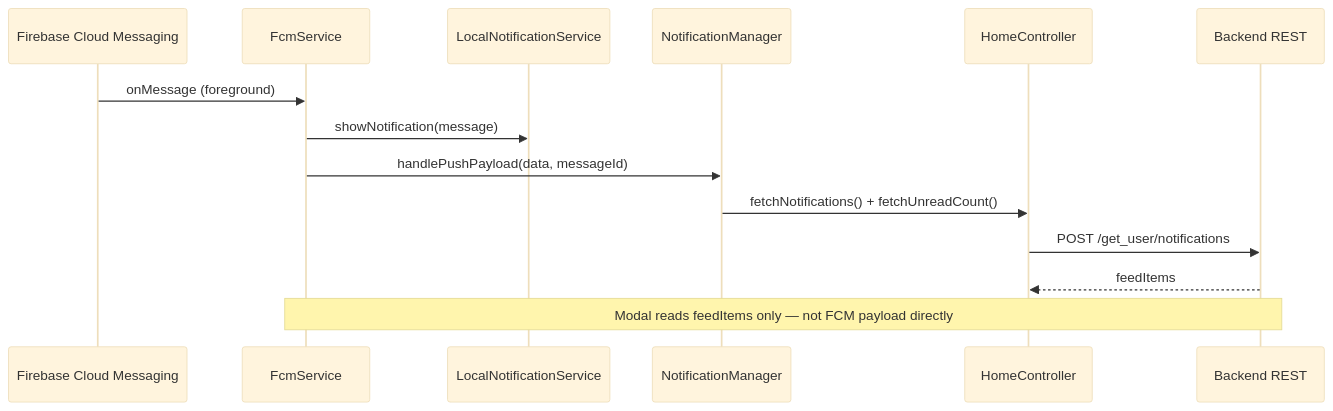
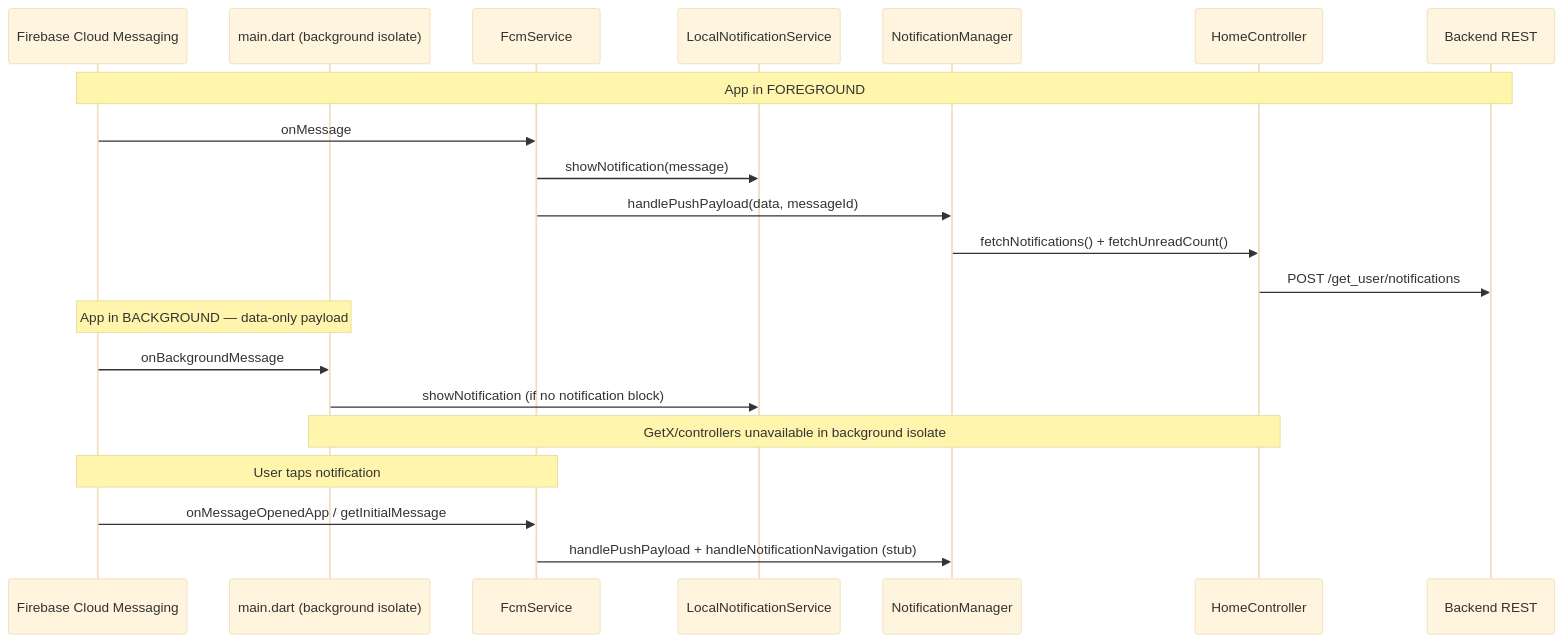
One commit to attoexasol/casazero changed the diagram in PUSH_NOTIFICATION_ANALYSIS.md. Above: the diagram before and after it, drawn with Mermaid (base theme). The commit also changed other lines of this file and 1 other file, not shown here.

````diff
--- a/PUSH_NOTIFICATION_ANALYSIS.md
+++ b/PUSH_NOTIFICATION_ANALYSIS.md
@@ -24,18 +32,26 @@
 ```mermaid
 sequenceDiagram
   participant FCM as Firebase Cloud Messaging
+  participant Main as main.dart (background isolate)
   participant Fcm as FcmService
   participant Local as LocalNotificationService
   participant NM as NotificationManager
   participant Home as HomeController
   participant API as Backend REST
 
-  FCM->>Fcm: onMessage (foreground)
+  Note over FCM,API: App in FOREGROUND
+  FCM->>Fcm: onMessage
   Fcm->>Local: showNotification(message)
   Fcm->>NM: handlePushPayload(data, messageId)
   NM->>Home: fetchNotifications() + fetchUnreadCount()
   Home->>API: POST /get_user/notifications
-  API-->>Home: feedItems
 
-  Note over Fcm,API: Modal reads feedItems only — not FCM payload directly
+  Note over FCM,Main: App in BACKGROUND — data-only payload
+  FCM->>Main: onBackgroundMessage
+  Main->>Local: showNotification (if no notification block)
+  Note over Main,Home: GetX/controllers unavailable in background isolate
+
+  Note over FCM,Fcm: User taps notification
+  FCM->>Fcm: onMessageOpenedApp / getInitialMessage
+  Fcm->>NM: handlePushPayload + handleNotificationNavigation (stub)
 ```
````
